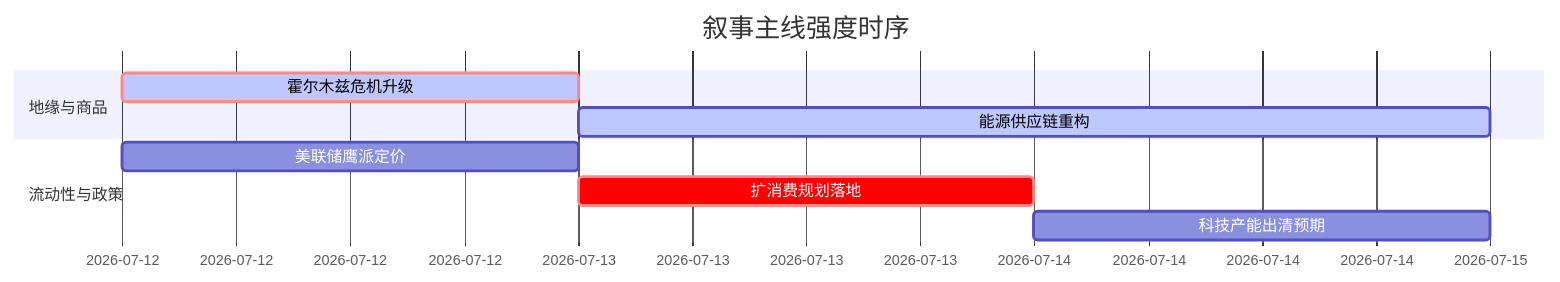
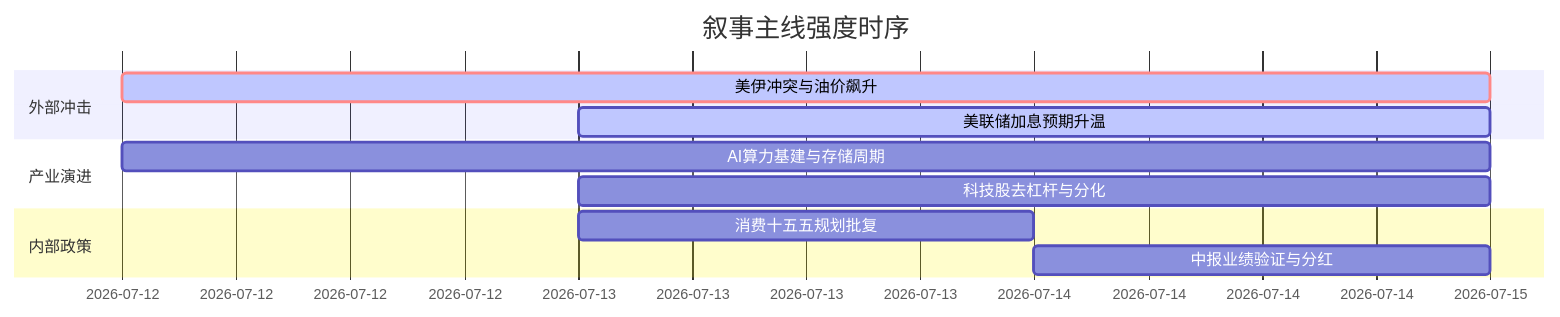
Before and after one commit to uu5zn/uu5zn.github.io: the diagram in 5day_report.md, drawn with Mermaid. The commit also changed other lines of this file and 24 other files, not shown here.

````diff
--- a/5day_report.md
+++ b/5day_report.md
@@ -55,13 +55,16 @@
 ```mermaid
 gantt
     title 叙事主线强度时序
     dateFormat  YYYY-MM-DD
-    section 地缘与商品
-    霍尔木兹危机升级   :crit, active, 2026-07-12, 1d
-    能源供应链重构     :active, 2026-07-13, 2d
+    section 外部冲击
+    美伊冲突与油价飙升   :crit, active, 2026-07-12, 3d
+    美联储加息预期升温   :active, 2026-07-13, 2d
     
-    section 流动性与政策
-    美联储鹰派定价     :2026-07-12, 1d
-    扩消费规划落地     :crit, 2026-07-13, 1d
-    科技产能出清预期   :2026-07-14, 1d
+    section 产业演进
+    AI算力基建与存储周期 :2026-07-12, 3d
+    科技股去杠杆与分化   :2026-07-13, 2d
+    
+    section 内部政策
+    消费十五五规划批复   :2026-07-13, 1d
+    中报业绩验证与分红   :2026-07-14, 1d
 ```
````
